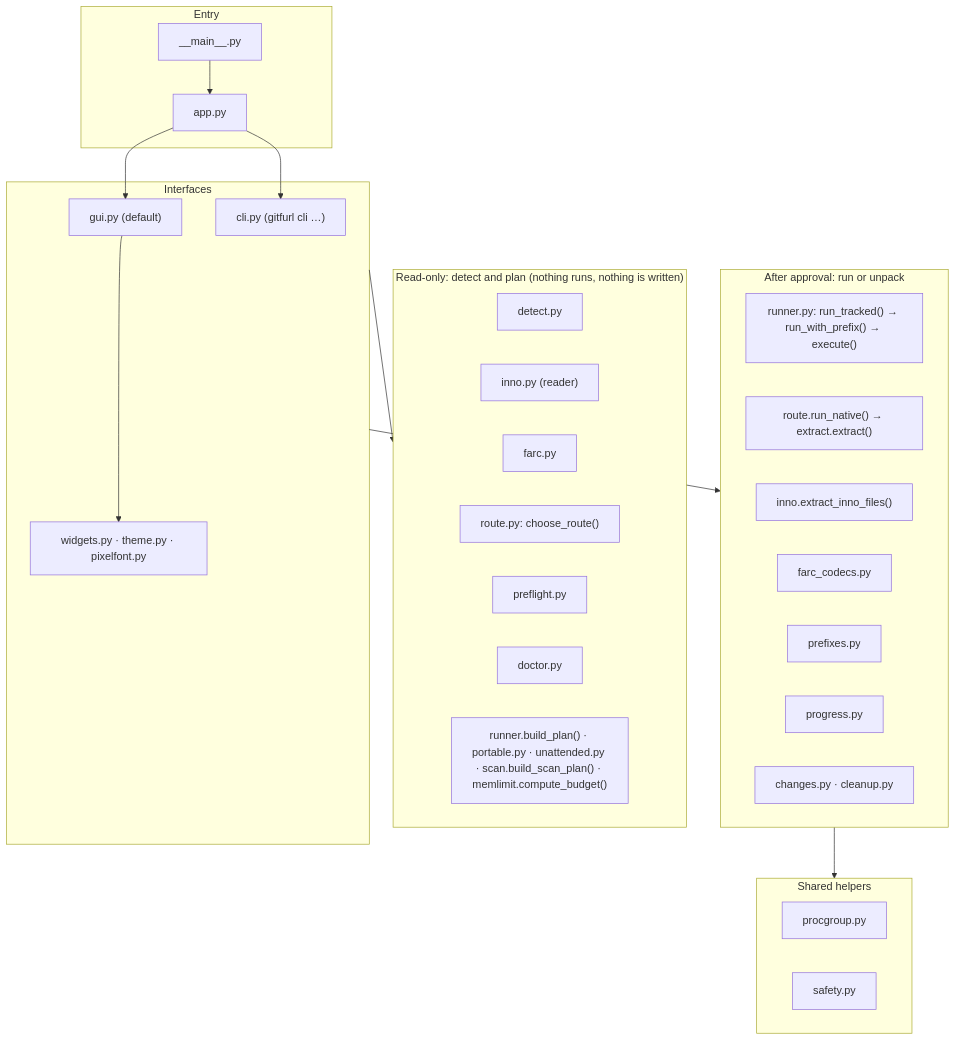
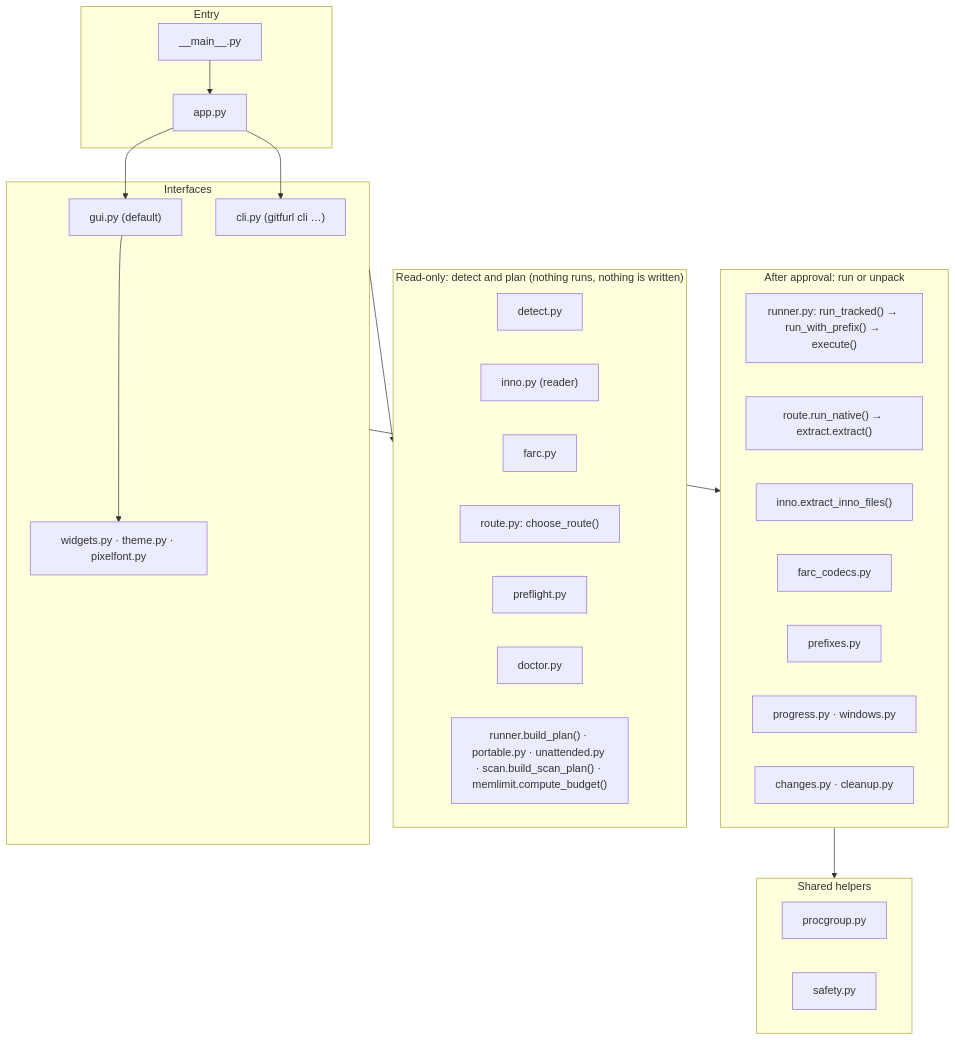
One commit to undecuple/gitfurl changed the first of 6 diagrams in docs/code-map.md. Above: the diagram before and after it, drawn with Mermaid. The commit also changed other lines of this file and 9 other files, not shown here.

````diff
--- a/docs/code-map.md
+++ b/docs/code-map.md
@@ -9,38 +9,38 @@
 ```mermaid
 flowchart TB
   subgraph entry["Entry"]
     main["__main__.py"] --> app["app.py"]
   end
   subgraph ui["Interfaces"]
     gui["gui.py (default)"]
     cli["cli.py (gitfurl cli …)"]
     widgets["widgets.py · theme.py · pixelfont.py"]
   end
   subgraph plan["Read-only: detect and plan (nothing runs, nothing is written)"]
     detect["detect.py"]
     inno["inno.py (reader)"]
     farc["farc.py"]
     route["route.py: choose_route()"]
     preflight["preflight.py"]
     doctor["doctor.py"]
     builders["runner.build_plan() · portable.py · unattended.py · scan.build_scan_plan() · memlimit.compute_budget()"]
   end
   subgraph run["After approval: run or unpack"]
     runner["runner.py: run_tracked() → run_with_prefix() → execute()"]
     native["route.run_native() → extract.extract()"]
     innox["inno.extract_inno_files()"]
     codecs["farc_codecs.py"]
     prefixes["prefixes.py"]
-    progress["progress.py"]
+    progress["progress.py · windows.py"]
     changes["changes.py · cleanup.py"]
   end
   subgraph shared["Shared helpers"]
     procgroup["procgroup.py"]
     safety["safety.py"]
   end
   app --> gui & cli
   gui --> widgets
   ui --> plan
   ui --> run
   run --> shared
 ```
````
